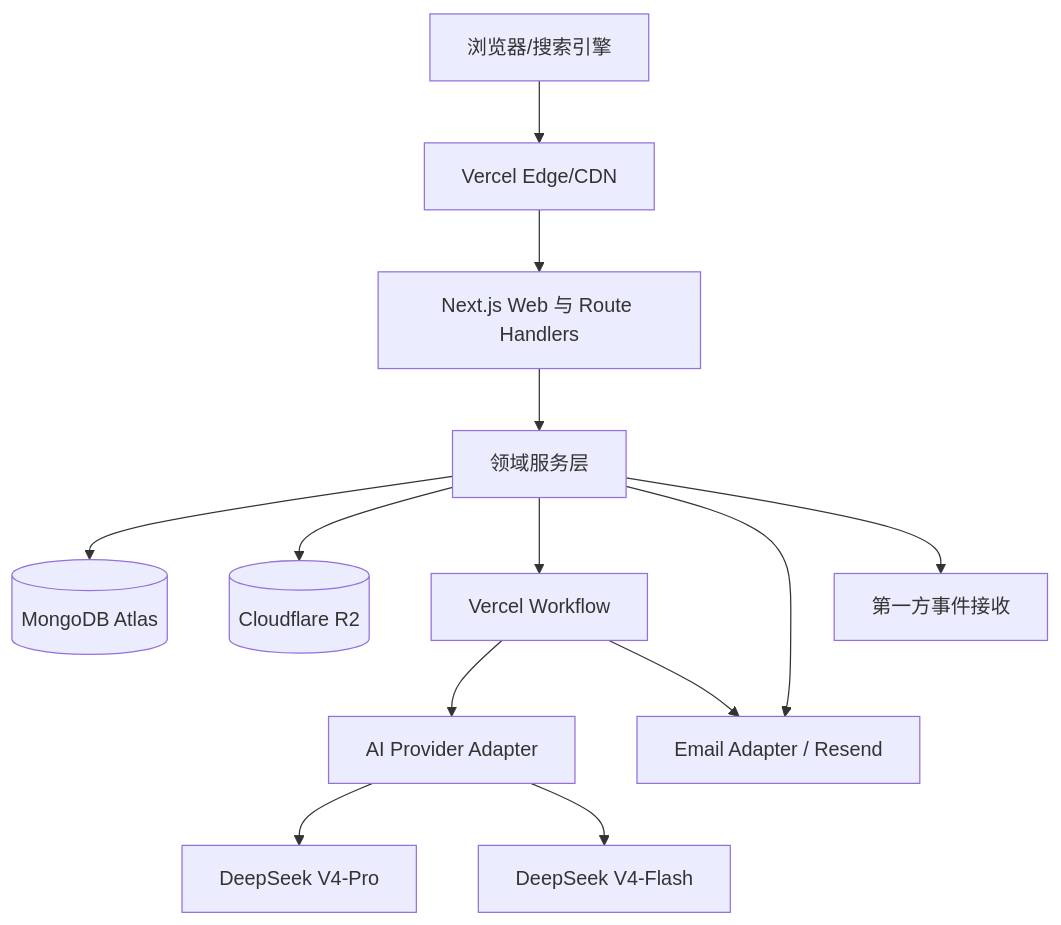
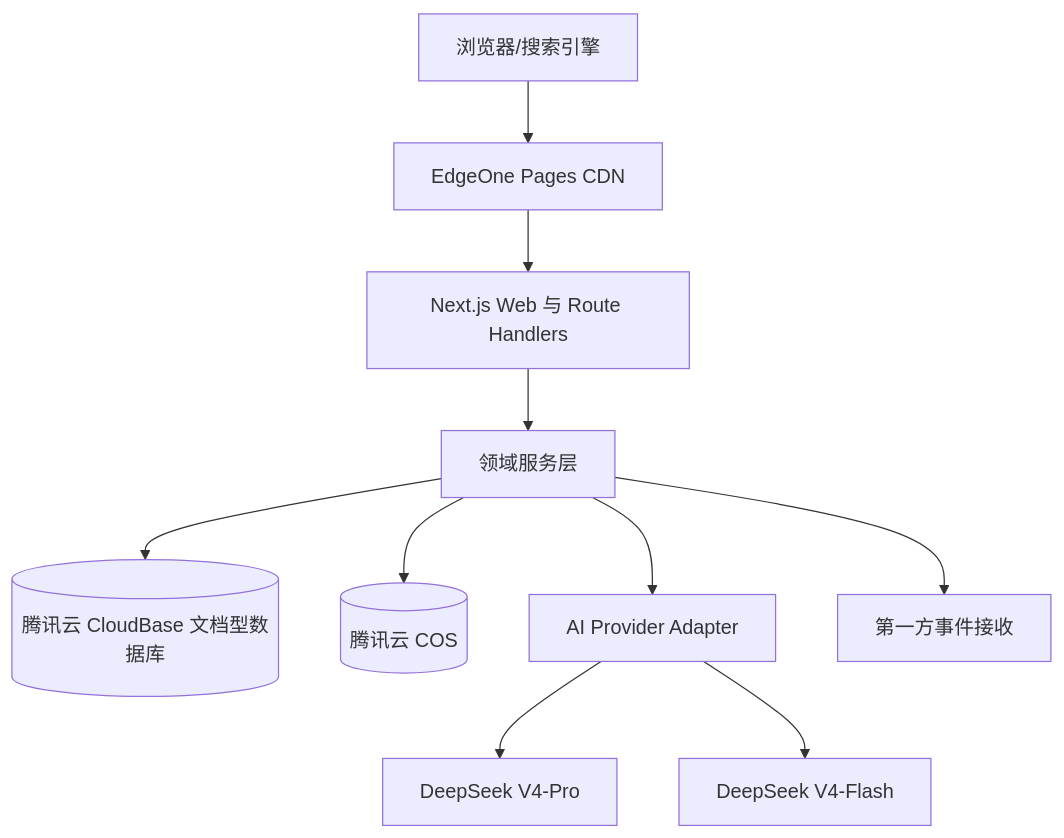
One commit to MrLing864/aianliku changed the diagram in prd/07-技术附录.md. Above: the diagram before and after it, drawn with Mermaid. The commit also changed other lines of this file and 652 other files, not shown here.

````diff
--- a/prd/07-技术附录.md
+++ b/prd/07-技术附录.md
@@ -23,15 +22,12 @@
 ```mermaid
 flowchart TD
-    U[浏览器/搜索引擎] --> V[Vercel Edge/CDN]
+    U[浏览器/搜索引擎] --> V[EdgeOne Pages CDN]
     V --> N[Next.js Web 与 Route Handlers]
     N --> S[领域服务层]
-    S --> M[(MongoDB Atlas)]
-    S --> R[(Cloudflare R2)]
-    S --> W[Vercel Workflow]
-    W --> A[AI Provider Adapter]
+    S --> M[(腾讯云 CloudBase 文档型数据库)]
+    S --> R[(腾讯云 COS)]
+    S --> A[AI Provider Adapter]
     A --> D[DeepSeek V4-Pro]
     A --> F[DeepSeek V4-Flash]
-    S --> E[Email Adapter / Resend]
     S --> T[第一方事件接收]
-    W --> E
 ```
````
